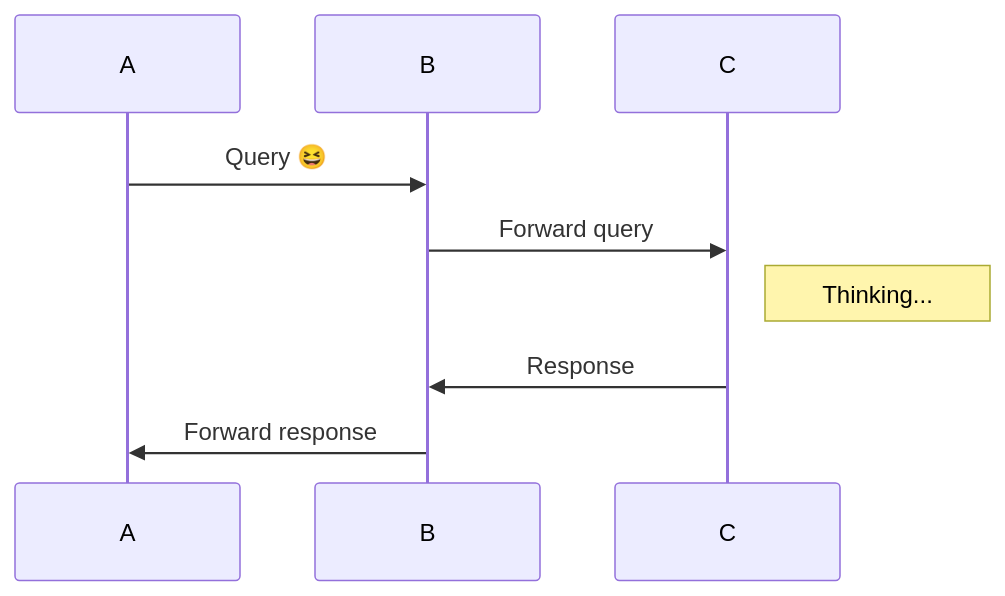
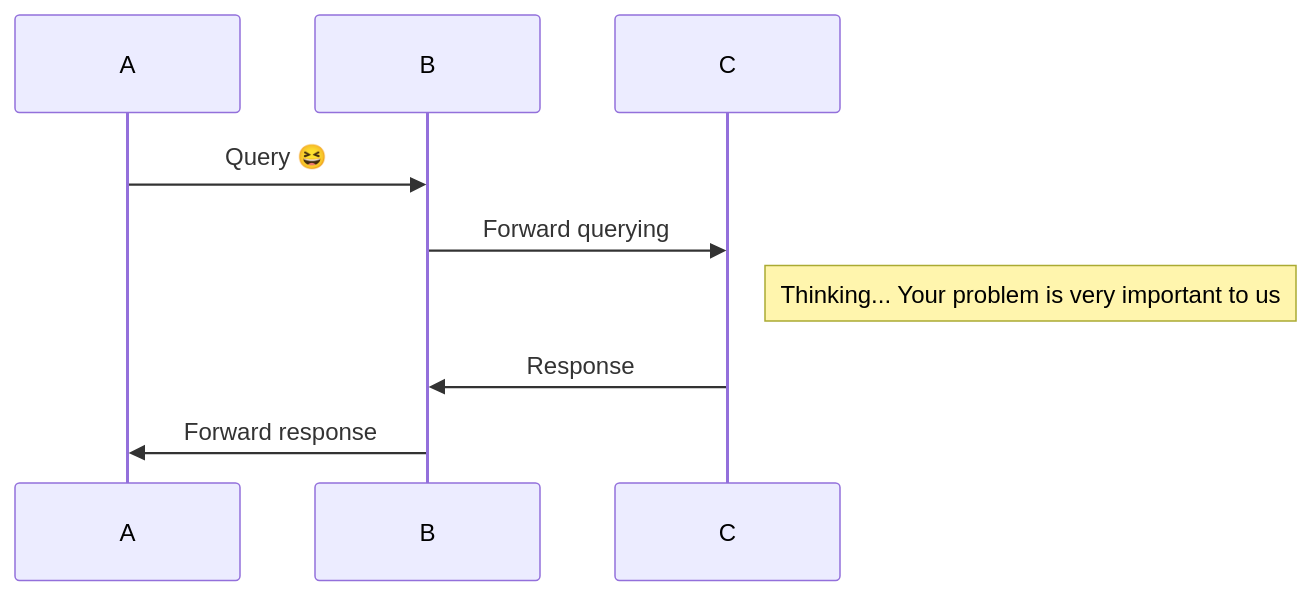
One commit to zorfling/gitfeatures-spec changed the second of 2 diagrams in m32ynIuVMOOdkGeI-WVIn.md. Above: the diagram before and after it, drawn with Mermaid. The commit also changed other lines of this file, not shown here.

Commit message:
asdfasdf

````diff
--- a/m32ynIuVMOOdkGeI-WVIn.md
+++ b/m32ynIuVMOOdkGeI-WVIn.md
@@ -27,8 +27,8 @@
 ```mermaid
 sequenceDiagram
 A->> B: Query 😆
-B->> C: Forward query
-Note right of C: Thinking...
+B->> C: Forward querying
+Note right of C: Thinking... Your problem is very important to us
 C->> B: Response
 B->> A: Forward response
 ```
````
